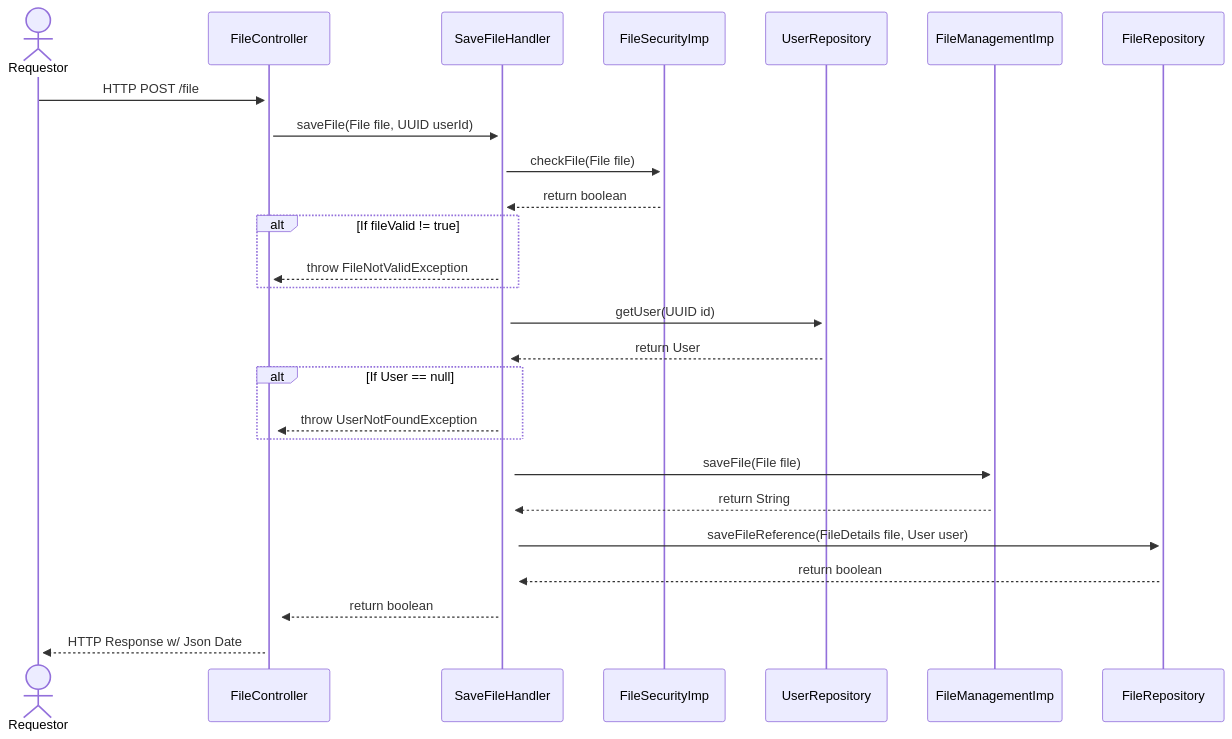
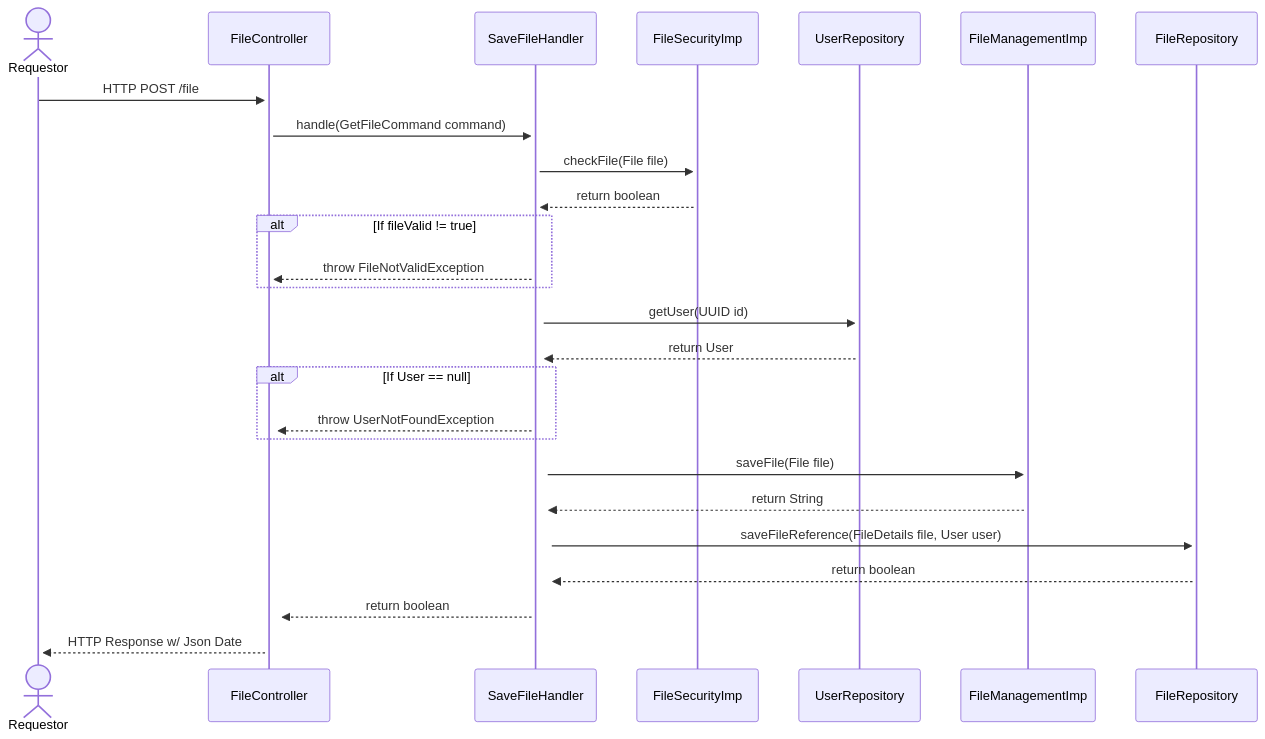
The fifth of 7 diagrams in docs/pages/design/sequenceDiagrams.md (patrickSlaine/Java-Cloud-Storage), drawn with Mermaid before and after one commit. The commit also changed other lines of this file, not shown here.

Commit message:
Sequence Diagrams

````diff
--- a/docs/pages/design/sequenceDiagrams.md
+++ b/docs/pages/design/sequenceDiagrams.md
@@ -81,25 +81,25 @@
 ```mermaid
 sequenceDiagram
     actor Requestor
     Requestor ->>+ FileController: HTTP POST /file
-    FileController ->>+ SaveFileHandler: saveFile(File file, UUID userId)
+    FileController ->>+ SaveFileHandler: handle(GetFileCommand command)
     SaveFileHandler ->>+ FileSecurityImp: checkFile(File file)
     FileSecurityImp -->>+ SaveFileHandler: return boolean
     alt If fileValid != true
     SaveFileHandler -->>+ FileController: throw FileNotValidException
     end
     SaveFileHandler ->>+ UserRepository: getUser(UUID id)
     UserRepository -->>+ SaveFileHandler: return User
 
     alt If User == null
     SaveFileHandler -->>+ FileController: throw UserNotFoundException
     end
 
     SaveFileHandler ->>+ FileManagementImp: saveFile(File file)
     FileManagementImp -->>+ SaveFileHandler: return String
     SaveFileHandler ->>+ FileRepository: saveFileReference(FileDetails file, User user)
     FileRepository -->>+ SaveFileHandler: return boolean
 
     SaveFileHandler -->>+ FileController: return boolean
     FileController -->>+ Requestor: HTTP Response w/ Json Date
 ```
````
